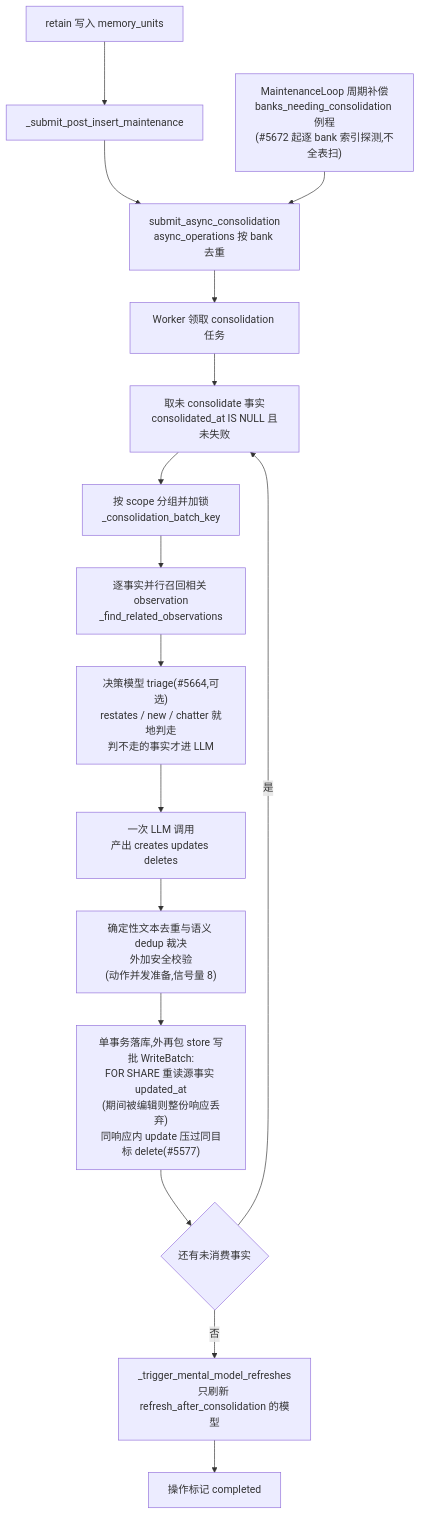
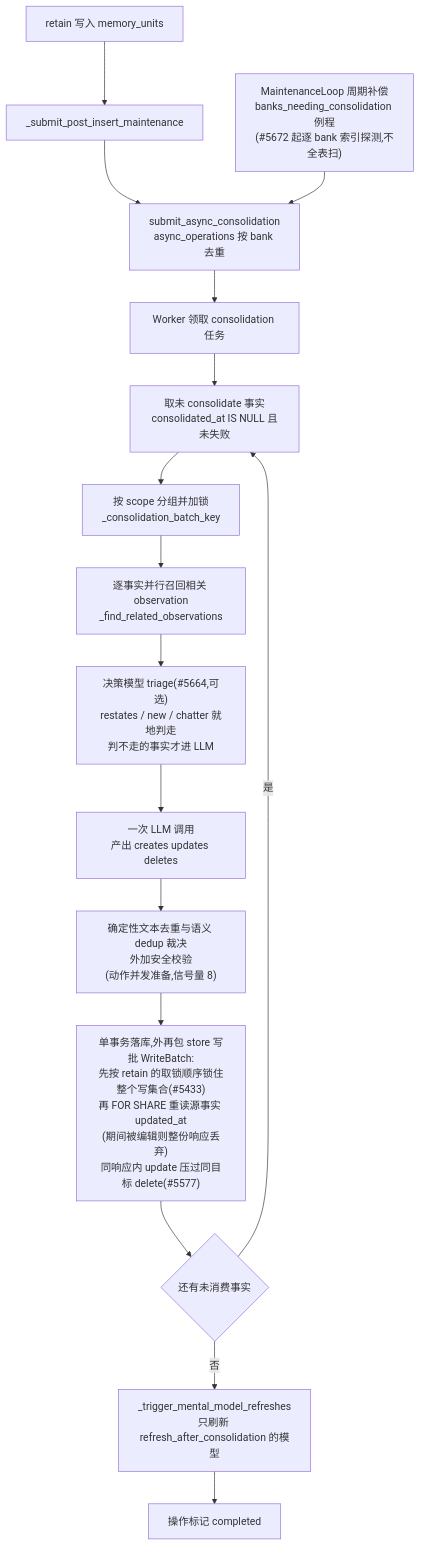
One commit to stefanv5/memory-platform-architecture changed the second of 3 diagrams in docs/hindsight/source-study/04-reflect-与-consolidation.md. Above: the diagram before and after it, drawn with Mermaid. The commit also changed other lines of this file and 10 other files, not shown here.

````diff
--- a/docs/hindsight/source-study/04-reflect-与-consolidation.md
+++ b/docs/hindsight/source-study/04-reflect-与-consolidation.md
@@ -260,18 +269,18 @@
 ```mermaid
 flowchart TD
     R["retain 写入 memory_units"] --> H["_submit_post_insert_maintenance"]
     H --> S["submit_async_consolidation<br/>async_operations 按 bank 去重"]
     M["MaintenanceLoop 周期补偿<br/>banks_needing_consolidation 例程<br/>(#5672 起逐 bank 索引探测,不全表扫)"] --> S
     S --> W["Worker 领取 consolidation 任务"]
     W --> F["取未 consolidate 事实<br/>consolidated_at IS NULL 且未失败"]
     F --> G["按 scope 分组并加锁<br/>_consolidation_batch_key"]
     G --> P["逐事实并行召回相关 observation<br/>_find_related_observations"]
     P --> TG["决策模型 triage(#5664,可选)<br/>restates / new / chatter 就地判走<br/>判不走的事实才进 LLM"]
     TG --> L["一次 LLM 调用<br/>产出 creates updates deletes"]
     L --> V["确定性文本去重与语义 dedup 裁决<br/>外加安全校验<br/>(动作并发准备,信号量 8)"]
-    V --> T["单事务落库,外再包 store 写批 WriteBatch:<br/>FOR SHARE 重读源事实 updated_at<br/>(期间被编辑则整份响应丢弃)<br/>同响应内 update 压过同目标 delete(#5577)"]
+    V --> T["单事务落库,外再包 store 写批 WriteBatch:<br/>先按 retain 的取锁顺序锁住整个写集合(#5433)<br/>再 FOR SHARE 重读源事实 updated_at<br/>(期间被编辑则整份响应丢弃)<br/>同响应内 update 压过同目标 delete(#5577)"]
     T --> Q{"还有未消费事实"}
     Q -->|"是"| F
     Q -->|"否"| MM["_trigger_mental_model_refreshes<br/>只刷新 refresh_after_consolidation 的模型"]
     MM --> Z["操作标记 completed"]
 ```
````
